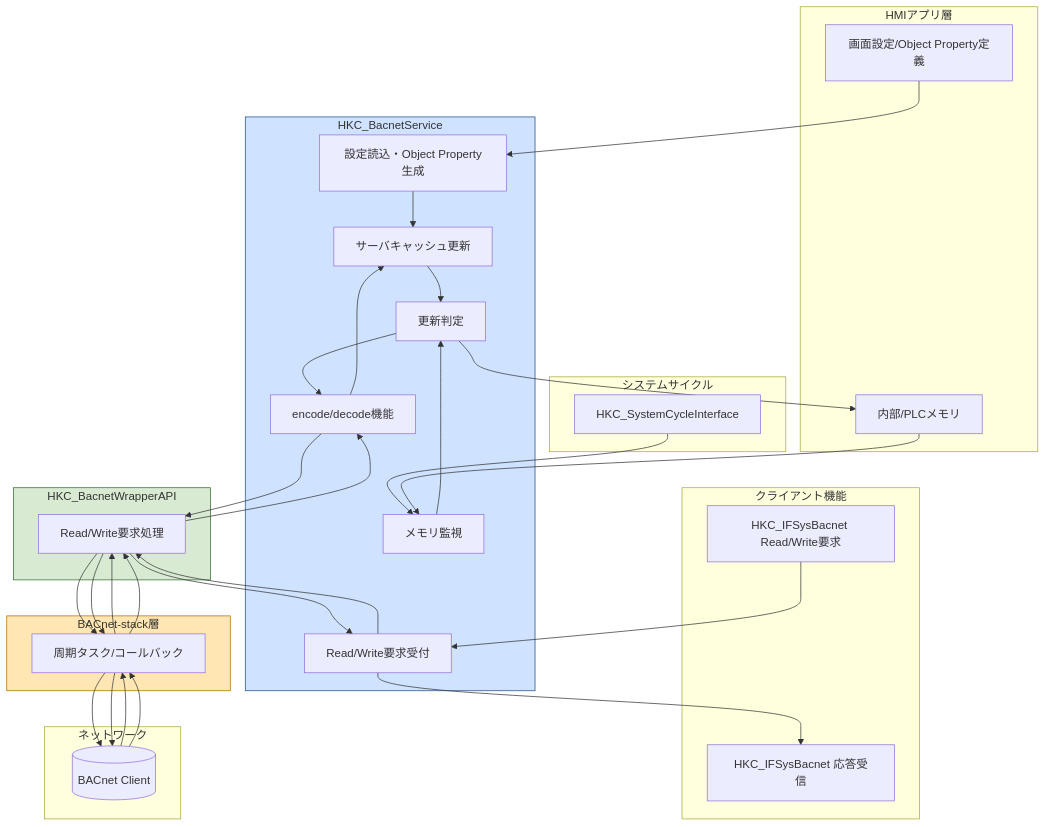
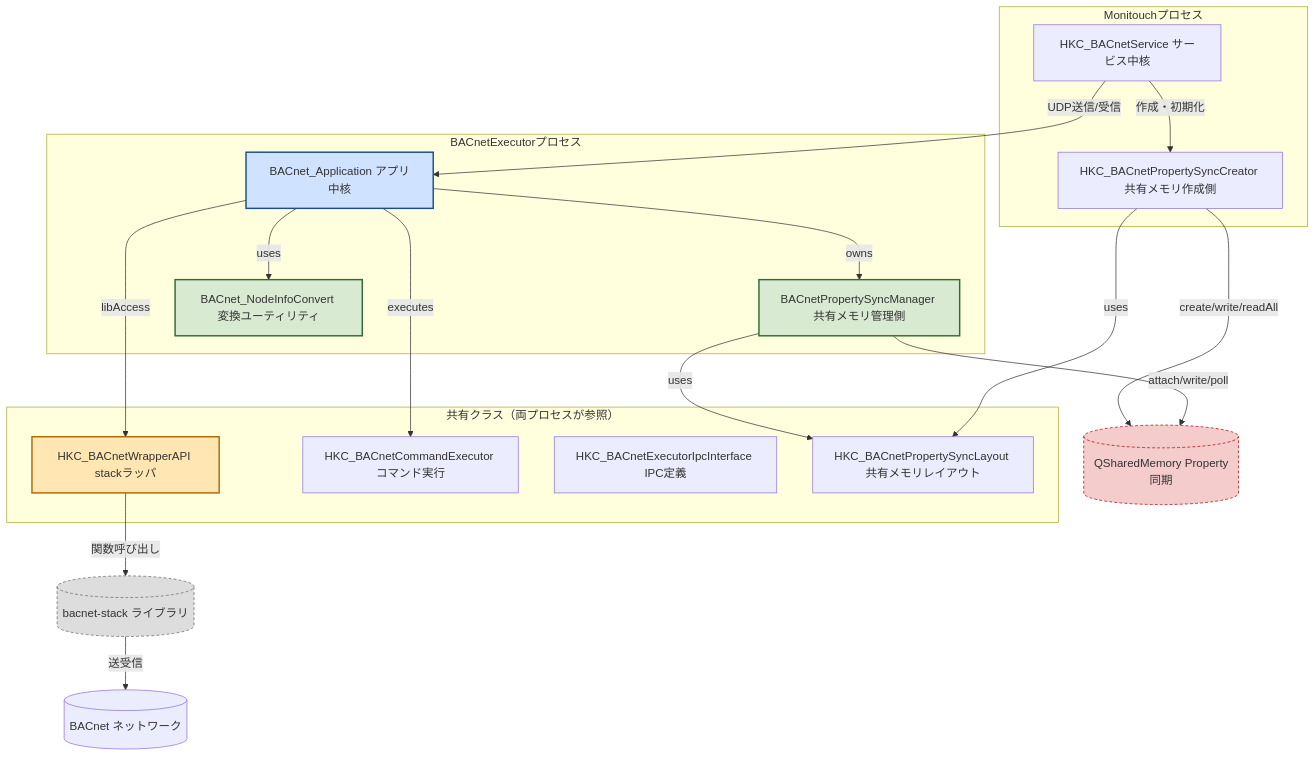
One commit to moto046/markdown-test changed diagram 15 of 19 in bacnet.md. Above: the diagram before and after it, drawn with Mermaid. The commit also changed other lines of this file, not shown here.

````diff
--- a/bacnet.md
+++ b/bacnet.md
@@ -375,42 +800,41 @@
 ```mermaid
 graph TD
-    subgraph App[HMIアプリ層]
-      UI[画面設定/Object Property定義]
-      Mem[内部/PLCメモリ]
+    subgraph Monitouch[Monitouchプロセス]
+        Svc[HKC_BACnetService サービス中核]
+        Creator[HKC_BACnetPropertySyncCreator 共有メモリ作成側]
     end
-    subgraph ClientFunc[クライアント機能]
-      IFReq[HKC_IFSysBacnet Read/Write要求]
-      IFResp[HKC_IFSysBacnet 応答受信]
+    subgraph BACnetExec[BACnetExecutorプロセス]
+        App[BACnet_Application アプリ中核]
+        SyncMgr[BACnetPropertySyncManager 共有メモリ管理側]
+        NodeConv[BACnet_NodeInfoConvert 変換ユーティリティ]
     end
-    subgraph Cycle[システムサイクル]
-      CycleIF[HKC_SystemCycleInterface]
+    subgraph Shared[共有クラス（両プロセスが参照）]
+        Wrapper[HKC_BACnetWrapperAPI stackラッパ]
+        CmdExec[HKC_BACnetCommandExecutor コマンド実行]
+        IpcIF[HKC_BACnetExecutorIpcInterface IPC定義]
+        SyncLayout[HKC_BACnetPropertySyncLayout 共有メモリレイアウト]
     end
-    subgraph Svc[HKC_BacnetService]
-      Init[設定読込・Object Property生成]
-      Mon[メモリ監視]
-      Upd[更新判定]
-      Cache[サーバキャッシュ更新]
-      SvcReq[Read/Write要求受付]
-      ConvSvc[encode/decode機能]
-    end
-    subgraph Wrap[HKC_BacnetWrapperAPI]
-      Req[Read/Write要求処理]
-    end
-    subgraph Stack[BACnet-stack層]
-      Task[周期タスク/コールバック]
-    end
-    subgraph Net[ネットワーク]
-      Client[(BACnet Client)]
-    end
+    StackLib[(bacnet-stack ライブラリ)]
+    SharedMem[(QSharedMemory Property同期)]
+    Net[(BACnet ネットワーク)]
 
-    UI --> Init --> Cache
-  CycleIF --> Mon
-    Mem --> Mon --> Upd --> ConvSvc --> Req --> Task --> Client
-    Client --> Task --> Req --> ConvSvc --> Cache --> Upd --> Mem
-    IFReq --> SvcReq --> Req --> Task --> Client
-    Client --> Task --> Req --> SvcReq --> IFResp
+    Svc -->|UDP送信/受信| App
+    Svc -->|作成・初期化| Creator
+    App -->|libAccess| Wrapper
+    App -->|executes| CmdExec
+    App -->|owns| SyncMgr
+    App -->|uses| NodeConv
+    Creator -->|create/write/readAll| SharedMem
+    SyncMgr -->|attach/write/poll| SharedMem
+    Wrapper -->|関数呼び出し| StackLib
+    StackLib -->|送受信| Net
+    SyncMgr -->|uses| SyncLayout
+    Creator -->|uses| SyncLayout
 
-    style Svc fill:#cfe2ff,stroke:#1a4d8c
-    style Wrap fill:#d9ead3,stroke:#2f6b2f
-    style Stack fill:#ffe6b3,stroke:#b06a00
+    style App fill:#cfe2ff,stroke:#1a4d8c,stroke-width:2px
+    style SyncMgr fill:#d9ead3,stroke:#2f6b2f,stroke-width:2px
+    style NodeConv fill:#d9ead3,stroke:#2f6b2f,stroke-width:2px
+    style Wrapper fill:#ffe6b3,stroke:#b06a00,stroke-width:2px
+    style StackLib fill:#dddddd,stroke:#666,stroke-dasharray:4 3
+    style SharedMem fill:#f4cccc,stroke:#a00,stroke-dasharray:4 3
 ```
````
